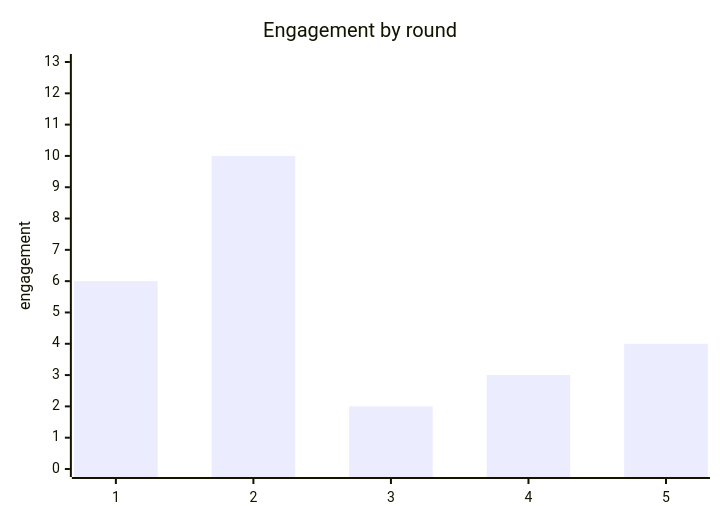
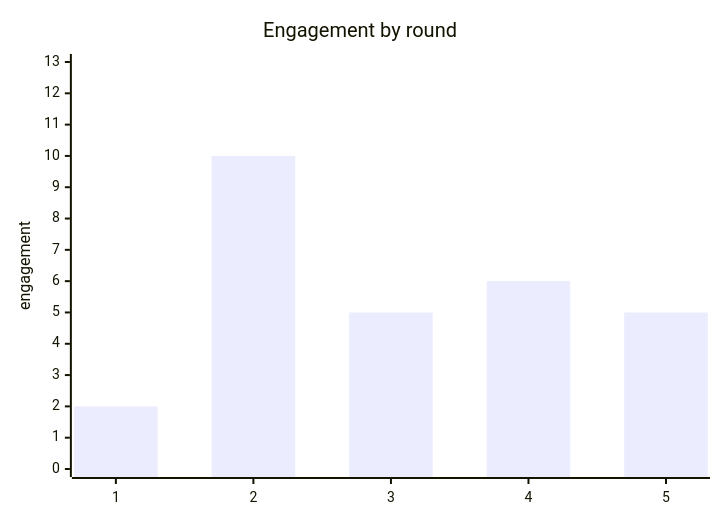
Before and after one commit to Ratz00007/murmur-mcp: the third of 3 diagrams in murmur-demo/.murmur/reports/pricing-reaction/report-1.md, drawn with Mermaid. The commit also changed other lines of this file and 16 other files, not shown here.

````diff
--- a/murmur-demo/.murmur/reports/pricing-reaction/report-1.md
+++ b/murmur-demo/.murmur/reports/pricing-reaction/report-1.md
@@ -381,7 +392,7 @@
 ```mermaid
 xychart-beta
     title "Engagement by round"
     x-axis [1, 2, 3, 4, 5]
     y-axis "engagement" 0 --> 13
-    bar [6, 10, 2, 3, 4]
+    bar [2, 10, 5, 6, 5]
 ```
````
